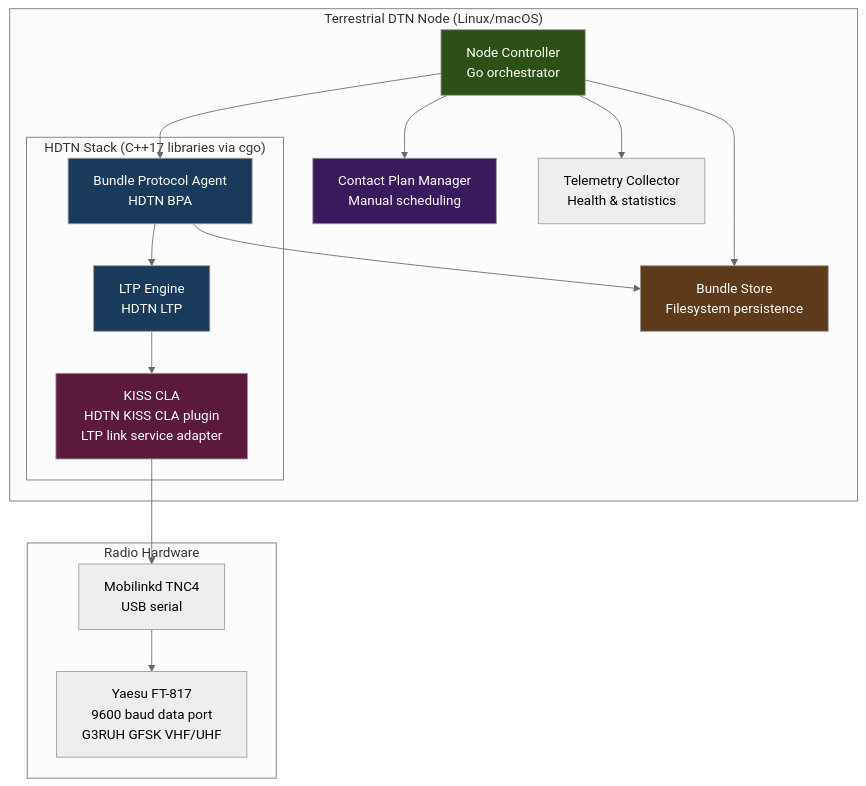
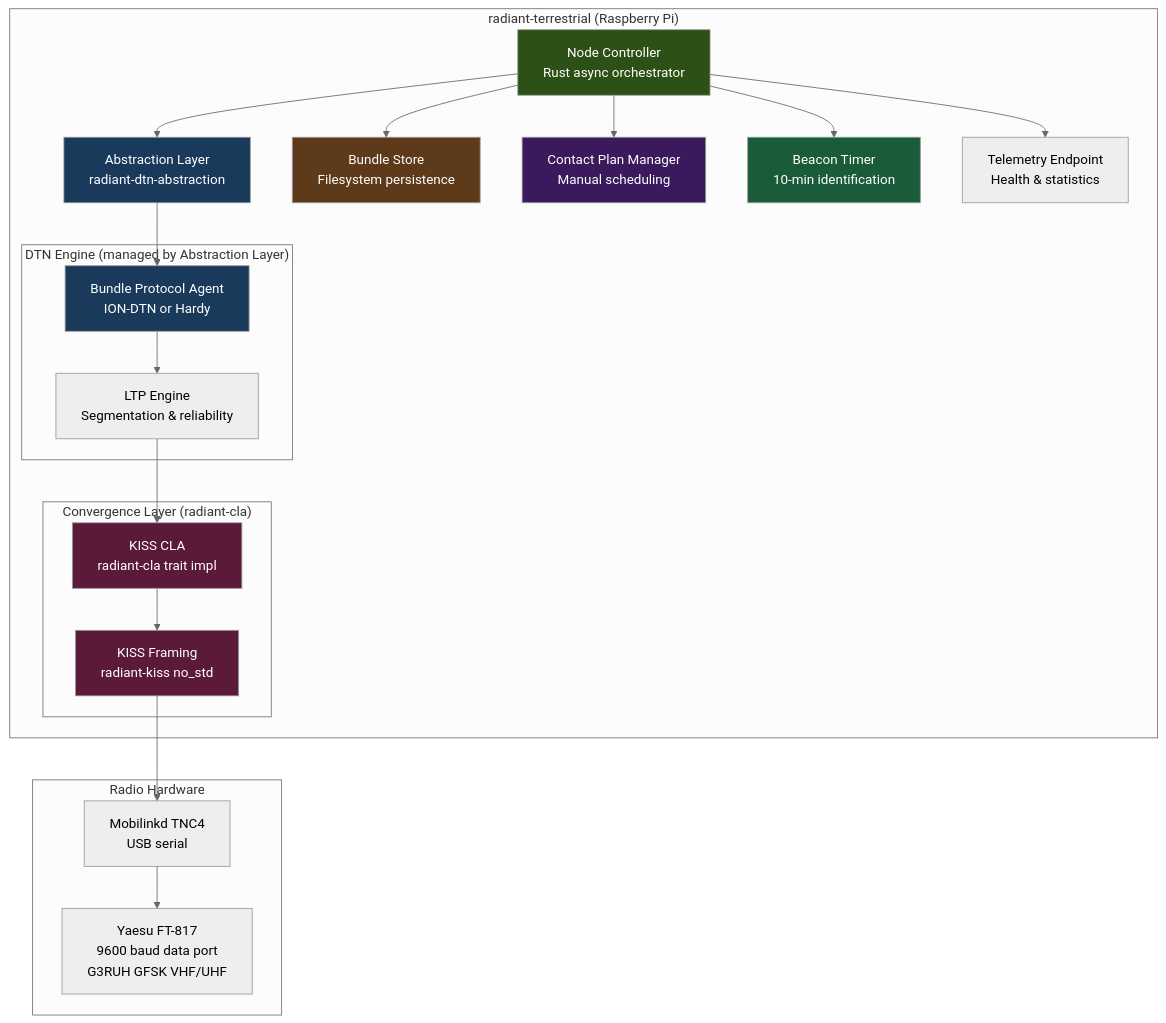
One commit to g4dpz/cislunar_proposal changed the first of 5 diagrams in docs/terrestrial-dtn-phase1/design.md. Above: the diagram before and after it, drawn with Mermaid (neutral theme). The commit also changed other lines of this file and 48 other files, not shown here.

First line of the commit message:
feat: add radiant-dtn-abstraction crate with ION/Hardy interop

````diff
--- a/docs/terrestrial-dtn-phase1/design.md
+++ b/docs/terrestrial-dtn-phase1/design.md
@@ -21,37 +52,47 @@
 ```mermaid
 graph TD
-    subgraph "Terrestrial DTN Node (Linux/macOS)"
-        NC[Node Controller<br/>Go orchestrator]
+    subgraph "radiant-terrestrial (Raspberry Pi)"
+        NC[Node Controller<br/>Rust async orchestrator]
+        AL[Abstraction Layer<br/>radiant-dtn-abstraction]
         BS[Bundle Store<br/>Filesystem persistence]
         CPM[Contact Plan Manager<br/>Manual scheduling]
-        TEL[Telemetry Collector<br/>Health & statistics]
+        BCN[Beacon Timer<br/>10-min identification]
+        TEL[Telemetry Endpoint<br/>Health & statistics]
 
-        subgraph "HDTN Stack (C++17 libraries via cgo)"
-            BPA[Bundle Protocol Agent<br/>HDTN BPA]
-            LTP[LTP Engine<br/>HDTN LTP]
-            CLA[KISS CLA<br/>HDTN KISS CLA plugin<br/>LTP link service adapter]
+        subgraph "DTN Engine (managed by Abstraction Layer)"
+            BPA[Bundle Protocol Agent<br/>ION-DTN or Hardy]
+            LTP_E[LTP Engine<br/>Segmentation & reliability]
+        end
+
+        subgraph "Convergence Layer (radiant-cla)"
+            CLA[KISS CLA<br/>radiant-cla trait impl]
+            KISS[KISS Framing<br/>radiant-kiss no_std]
         end
     end
 
     subgraph "Radio Hardware"
         TNC[Mobilinkd TNC4<br/>USB serial]
         FT817[Yaesu FT-817<br/>9600 baud data port<br/>G3RUH GFSK VHF/UHF]
     end
 
-    NC --> BPA
+    NC --> AL
     NC --> BS
     NC --> CPM
+    NC --> BCN
     NC --> TEL
-    BPA --> BS
-    BPA --> LTP
-    LTP --> CLA
-    CLA --> TNC
+    AL --> BPA
+    BPA --> LTP_E
+    LTP_E --> CLA
+    CLA --> KISS
+    KISS --> TNC
     TNC --> FT817
 
     style NC fill:#2d5016,color:#fff
+    style AL fill:#1a3a5c,color:#fff
     style BPA fill:#1a3a5c,color:#fff
-    style LTP fill:#1a3a5c,color:#fff
     style BS fill:#5c3a1a,color:#fff
     style CPM fill:#3a1a5c,color:#fff
     style CLA fill:#5c1a3a,color:#fff
+    style KISS fill:#5c1a3a,color:#fff
+    style BCN fill:#1a5c3a,color:#fff
 ```
````
